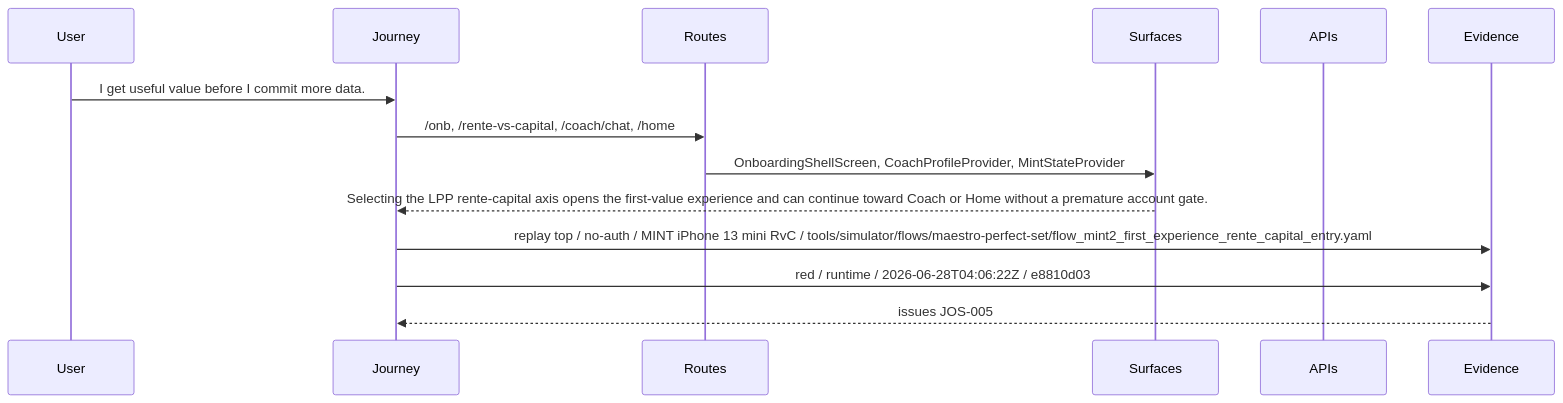
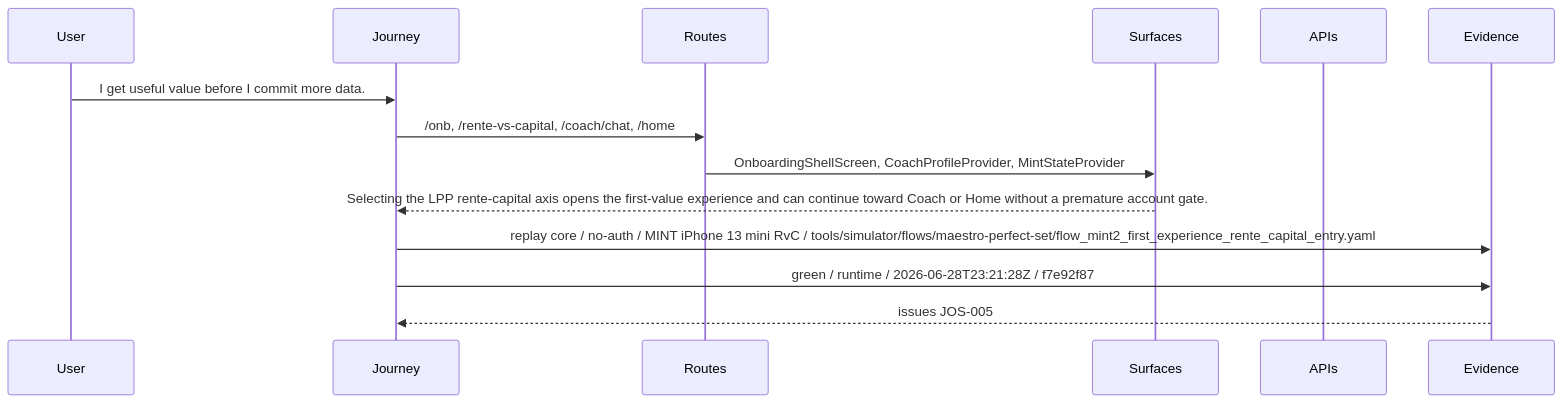
The diagram in .planning/journeys/diagrams/onboarding_first_value_sequence.mmd (MINT-IA/MINT), drawn with Mermaid before and after one commit. The commit also changed 15 other files, not shown here.

Commit message:
Record JOS005 first value runtime proof

```diff
--- a/.planning/journeys/diagrams/onboarding_first_value_sequence.mmd
+++ b/.planning/journeys/diagrams/onboarding_first_value_sequence.mmd
@@ -1,15 +1,15 @@
 %% Generated from .planning/journeys/records/onboarding_first_value.json
 sequenceDiagram
   participant User
   participant Journey
   participant Routes
   participant Surfaces
   participant APIs
   participant Evidence
   User->>Journey: I get useful value before I commit more data.
   Journey->>Routes: /onb, /rente-vs-capital, /coach/chat, /home
   Routes->>Surfaces: OnboardingShellScreen, CoachProfileProvider, MintStateProvider
   Surfaces-->>Journey: Selecting the LPP rente-capital axis opens the first-value experience and can continue toward Coach or Home without a premature account gate.
-  Journey->>Evidence: replay top / no-auth / MINT iPhone 13 mini RvC / tools/simulator/flows/maestro-perfect-set/flow_mint2_first_experience_rente_capital_entry.yaml
-  Journey->>Evidence: red / runtime / 2026-06-28T04:06:22Z / e8810d03
+  Journey->>Evidence: replay core / no-auth / MINT iPhone 13 mini RvC / tools/simulator/flows/maestro-perfect-set/flow_mint2_first_experience_rente_capital_entry.yaml
+  Journey->>Evidence: green / runtime / 2026-06-28T23:21:28Z / f7e92f87
   Evidence-->>Journey: issues JOS-005
```
